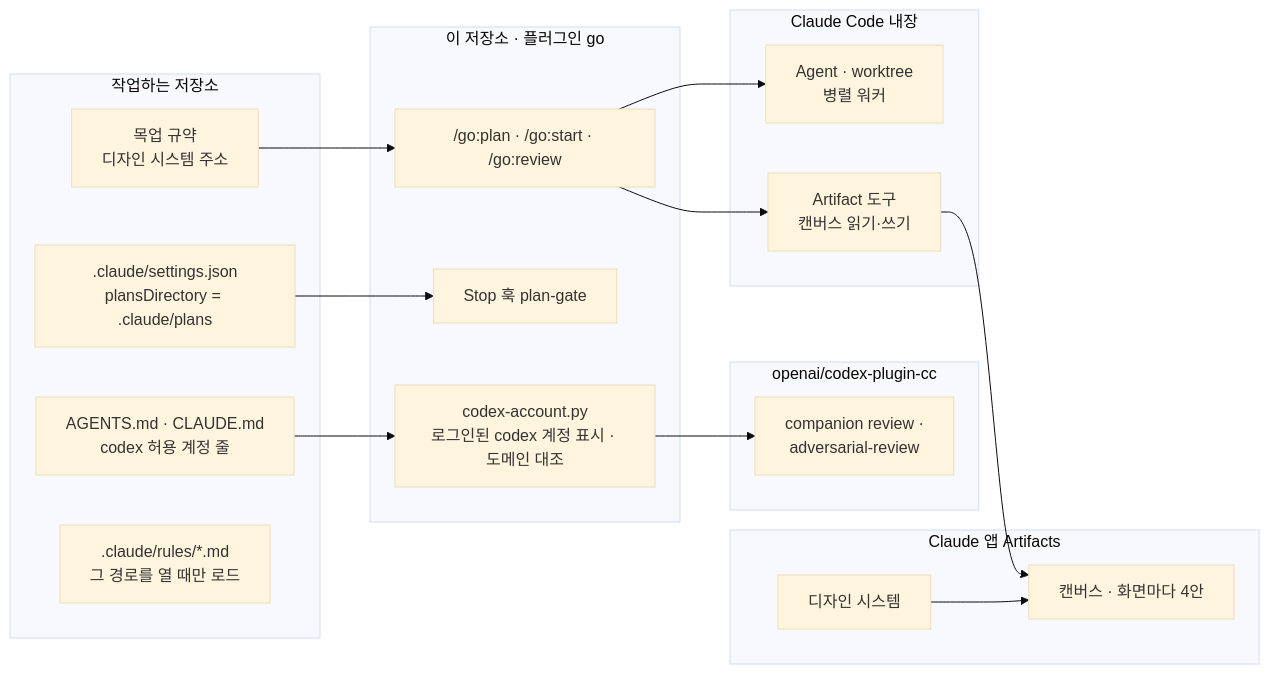
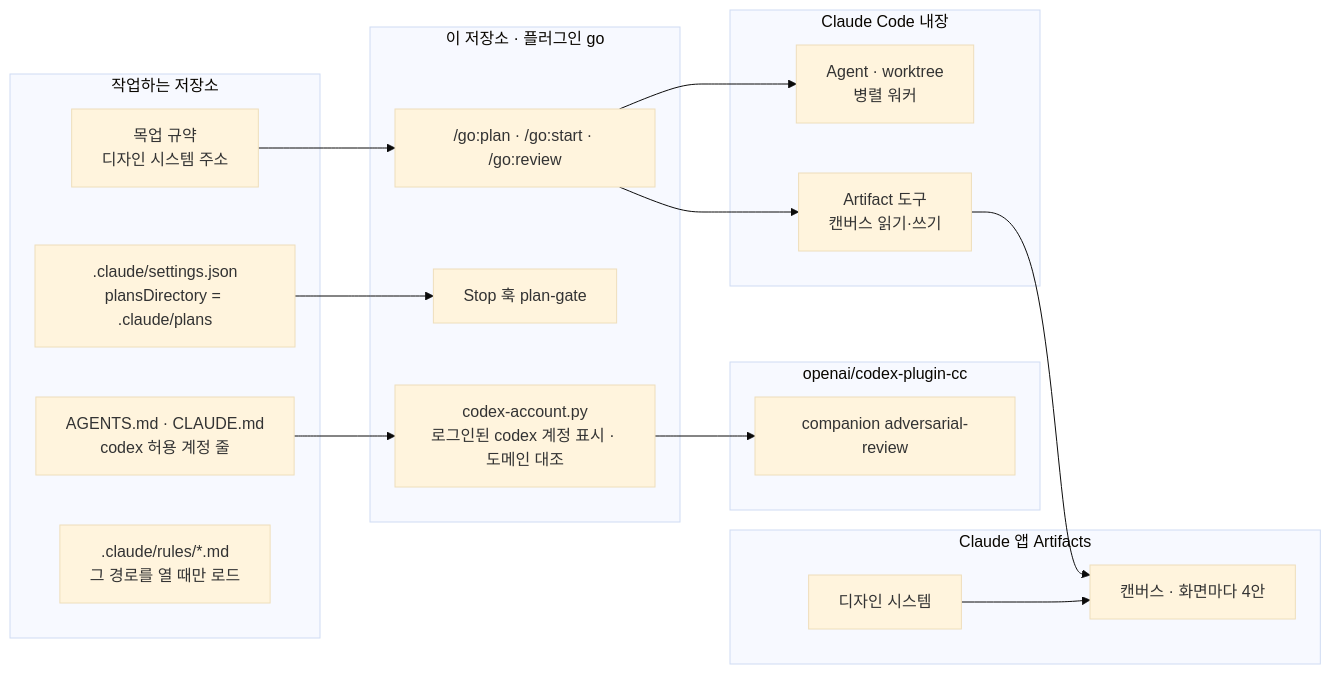
One commit to jwjinn/go-skill changed the third of 4 diagrams in README.md. Above: the diagram before and after it, drawn with Mermaid (base theme). The commit also changed other lines of this file and 4 other files, not shown here.

````diff
--- a/README.md
+++ b/README.md
@@ -199,38 +197,38 @@
 ```mermaid
 flowchart LR
     subgraph GS["이 저장소 · 플러그인 go"]
         B1["/go:plan · /go:start · /go:review"]
         B2["Stop 훅 plan-gate"]
         B3["codex-account.py<br/>로그인된 codex 계정 표시 · 도메인 대조"]
     end
 
     subgraph CC["Claude Code 내장"]
         A1["Agent · worktree<br/>병렬 워커"]
         A2["Artifact 도구<br/>캔버스 읽기·쓰기"]
     end
 
     subgraph OX["openai/codex-plugin-cc"]
-        C1["companion review ·<br/>adversarial-review"]
+        C1["companion adversarial-review"]
     end
 
     subgraph CD["Claude 앱 Artifacts"]
         D1["디자인 시스템"]
         D2["캔버스 · 화면마다 4안"]
     end
 
     subgraph PJ["작업하는 저장소"]
         P1[".claude/settings.json<br/>plansDirectory = .claude/plans"]
         P2["AGENTS.md · CLAUDE.md<br/>codex 허용 계정 줄"]
         P3["목업 규약<br/>디자인 시스템 주소"]
         P4[".claude/rules/*.md<br/>그 경로를 열 때만 로드"]
     end
 
     B1 --> A1
     B1 --> A2
     A2 --> D2
     D1 --> D2
     P3 --> B1
     P2 --> B3
     B3 --> C1
     P1 --> B2
 ```
````
